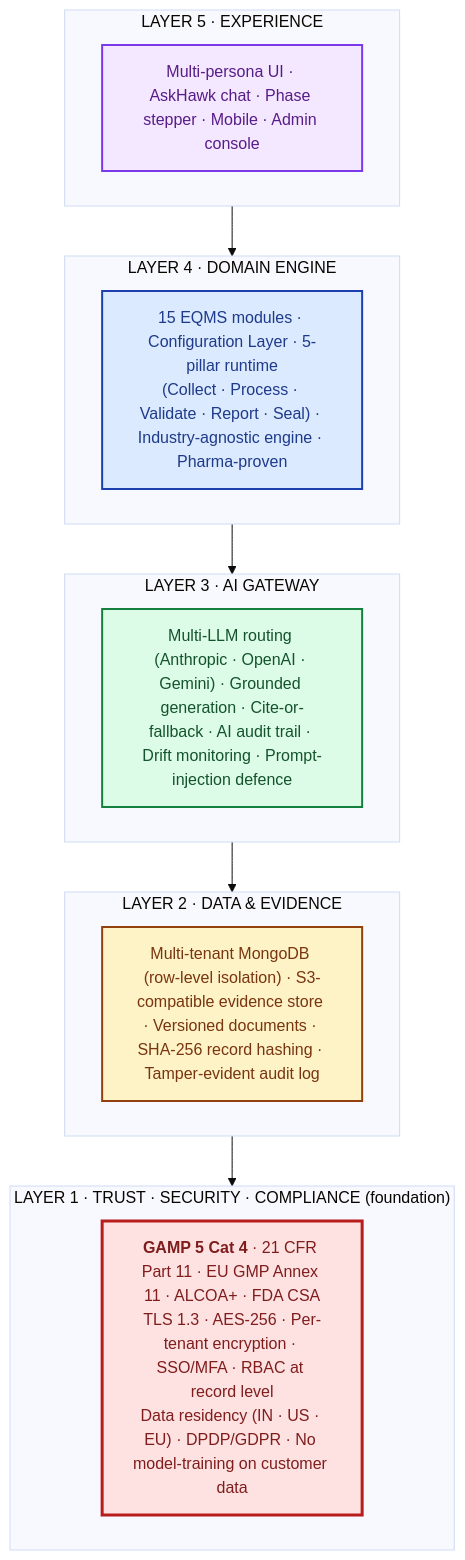
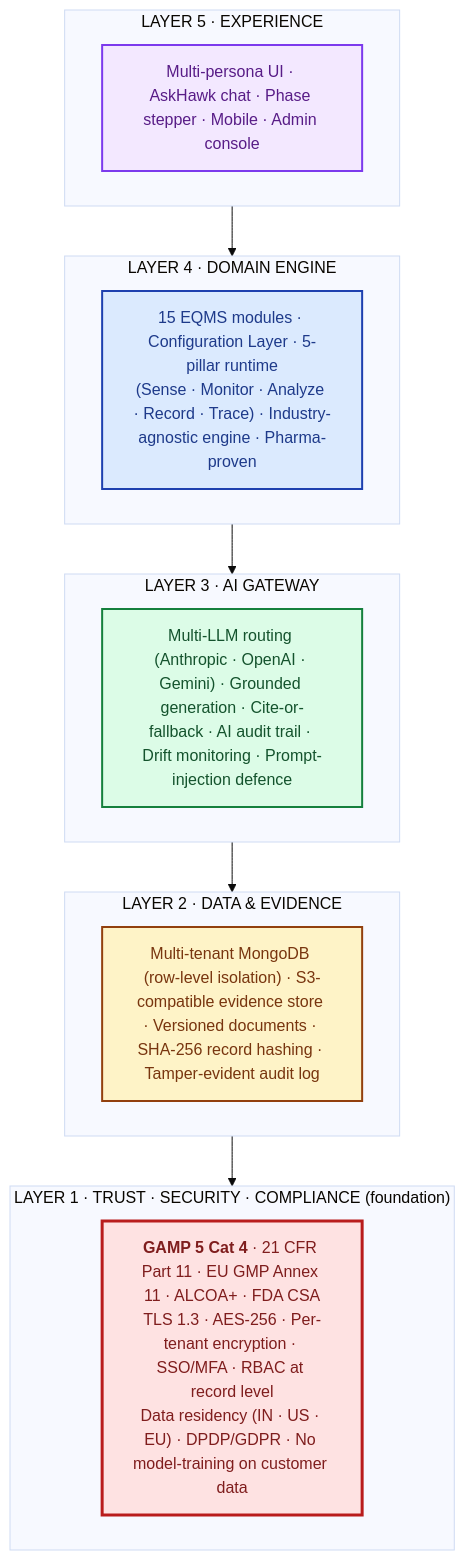
The fourth of 5 diagrams in 01-strategy/vision-and-positioning/VISION.md (hawkeyetransact-dotcom/doc_v2), drawn with Mermaid (base theme) before and after one commit. The commit also changed other lines of this file and 25 other files, not shown here.

First line of the commit message:
Finalize S.M.A.R.T. pillars: Sense, Monitor, Analyze, Record, Trace

````diff
--- a/01-strategy/vision-and-positioning/VISION.md
+++ b/01-strategy/vision-and-positioning/VISION.md
@@ -157,26 +157,26 @@
 ```mermaid
 flowchart TB
     classDef l5 fill:#F3E8FF,stroke:#7C3AED,color:#581C87,stroke-width:2px
     classDef l4 fill:#DBEAFE,stroke:#1E40AF,color:#1E3A8A,stroke-width:2px
     classDef l3 fill:#DCFCE7,stroke:#15803D,color:#14532D,stroke-width:2px
     classDef l2 fill:#FEF3C7,stroke:#92400E,color:#78350F,stroke-width:2px
     classDef l1 fill:#FEE2E2,stroke:#B91C1C,color:#7F1D1D,stroke-width:3px
 
     subgraph L5["LAYER 5 · EXPERIENCE"]
         E["Multi-persona UI · AskHawk chat · Phase stepper · Mobile · Admin console"]:::l5
     end
     subgraph L4["LAYER 4 · DOMAIN ENGINE"]
-        D["15 EQMS modules · Configuration Layer · 5-pillar runtime<br/>(Collect · Process · Validate · Report · Seal) · Industry-agnostic engine · Pharma-proven"]:::l4
+        D["15 EQMS modules · Configuration Layer · 5-pillar runtime<br/>(Sense · Monitor · Analyze · Record · Trace) · Industry-agnostic engine · Pharma-proven"]:::l4
     end
     subgraph L3["LAYER 3 · AI GATEWAY"]
         AI["Multi-LLM routing (Anthropic · OpenAI · Gemini) · Grounded generation · Cite-or-fallback · AI audit trail · Drift monitoring · Prompt-injection defence"]:::l3
     end
     subgraph L2["LAYER 2 · DATA & EVIDENCE"]
         DA["Multi-tenant MongoDB (row-level isolation) · S3-compatible evidence store · Versioned documents · SHA-256 record hashing · Tamper-evident audit log"]:::l2
     end
     subgraph L1["LAYER 1 · TRUST · SECURITY · COMPLIANCE  (foundation)"]
         T["<b>GAMP 5 Cat 4</b> · 21 CFR Part 11 · EU GMP Annex 11 · ALCOA+ · FDA CSA<br/>TLS 1.3 · AES-256 · Per-tenant encryption · SSO/MFA · RBAC at record level<br/>Data residency (IN · US · EU) · DPDP/GDPR · No model-training on customer data"]:::l1
     end
 
     L5 --> L4 --> L3 --> L2 --> L1
 ```
````
